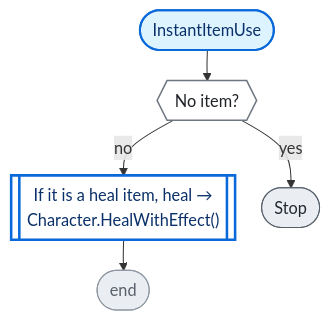
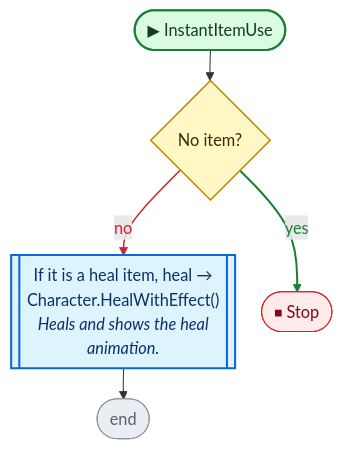
One commit to nataiai/Lord-of-the-Dungeon changed the tenth of 15 diagrams in CodeGraph~/graph/Player.cs.md. Above: the diagram before and after it, drawn with Mermaid. The commit also changed other lines of this file and 44 other files, not shown here.

````diff
--- a/CodeGraph~/graph/Player.cs.md
+++ b/CodeGraph~/graph/Player.cs.md
@@ -503,34 +577,40 @@
 ```mermaid
 ---
 config:
   flowchart:
     wrappingWidth: 260
     nodeSpacing: 26
     rankSpacing: 30
 ---
 flowchart TD
-  nS(["InstantItemUse"])
-  n4f24dc{{"No item?"}}
-  n356f82[["If it is a heal item, heal →<br>Character.HealWithEffect()"]]
+  nS(["▶ InstantItemUse"])
+  n4f24dc{"No item?"}
+  n356f82[["If it is a heal item, heal →<br>Character.HealWithEffect()<br><i>Heals and shows the heal</i><br><i>animation.</i>"]]
   nE(["end"])
-  nb2e4fc(["Stop"])
+  nb2e4fc(["⏹ Stop"])
   nS --> n4f24dc
   n4f24dc -->|no| n356f82
   n4f24dc -->|yes| nb2e4fc
   n356f82 --> nE
-  classDef unity fill:#fff1c2,stroke:#9a6700,stroke-width:2px,color:#3b2300
-  classDef start fill:#ddf4ff,stroke:#0969da,stroke-width:2px,color:#0a3069
-  classDef calc fill:#f6f8fa,stroke:#d0d7de,color:#57606a
-  classDef calls fill:#ffffff,stroke:#0969da,stroke-width:2.5px,color:#0a3069
-  classDef cond fill:#ffffff,stroke:#6e7781,stroke-width:1.5px,color:#1f2328
-  classDef loop fill:#fbefff,stroke:#8250df,color:#3e1f79
-  classDef exit fill:#eaeef2,stroke:#57606a,color:#24292f
-  classDef wait fill:#fff8f0,stroke:#bc4c00,color:#4d1d00
+  linkStyle 1 stroke:#cf222e,stroke-width:1.5px,color:#cf222e
+  linkStyle 2 stroke:#1a7f37,stroke-width:2px,color:#1a7f37
+  classDef unity fill:#dafbe1,stroke:#1a7f37,stroke-width:2px,color:#0f3d1d
+  classDef start fill:#dafbe1,stroke:#1a7f37,stroke-width:2px,color:#0f3d1d
+  classDef calc fill:#ffffff,stroke:#d0d7de,color:#57606a
+  classDef calls fill:#ddf4ff,stroke:#0969da,stroke-width:2px,color:#0a3069
+  classDef ext fill:#ddf4ff,stroke:#0969da,stroke-width:2px,stroke-dasharray:5 3,color:#0a3069
+  classDef cond fill:#fff8c5,stroke:#bf8700,stroke-width:1.5px,color:#3d2a00
+  classDef loop fill:#f6f8fa,stroke:#57606a,color:#1f2328
+  classDef exit fill:#ffebe9,stroke:#cf222e,color:#82071e
+  classDef kill fill:#ffebe9,stroke:#cf222e,stroke-width:2px,color:#82071e
+  classDef spawn fill:#dafbe1,stroke:#1a7f37,stroke-width:2px,color:#0f3d1d
+  classDef wait fill:#fff1e5,stroke:#bc4c00,color:#4d1d00
   classDef fin fill:#eaeef2,stroke:#8c959f,color:#57606a
   classDef join fill:#d0d7de,stroke:#8c959f,color:#57606a
+  classDef ghdr fill:#f5f9ff,stroke:#f5f9ff,color:#0a3069,font-weight:bold
   class n356f82 calls
   class n4f24dc cond
   class nb2e4fc exit
   class nE fin
   class nS start
 ```
````
